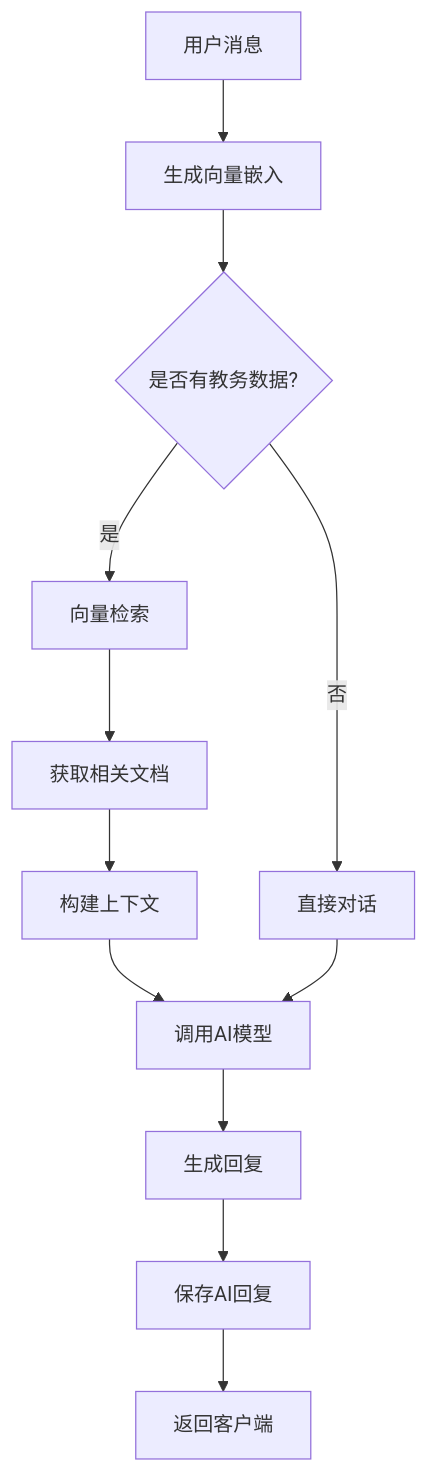
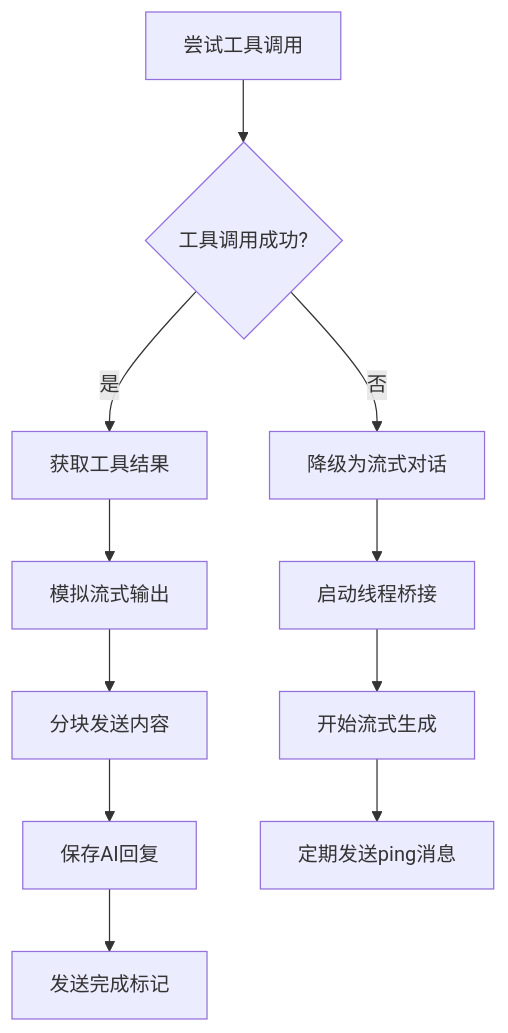
Diagram 17 of 27 in .qoder/repowiki/zh/content/前端应用文档/AI聊天界面与对话交互.md (ghbbn053-ship-itsoulddog/soulddog), drawn with Mermaid before and after one commit. The commit also changed other lines of this file and 119 other files, not shown here.

````diff
--- a/.qoder/repowiki/zh/content/前端应用文档/AI聊天界面与对话交互.md
+++ b/.qoder/repowiki/zh/content/前端应用文档/AI聊天界面与对话交互.md
@@ -374,14 +1144,13 @@
 ```mermaid
 flowchart TD
-A[用户消息] --> B[生成向量嵌入]
-B --> C{是否有教务数据?}
-C --> |是| D[向量检索]
-D --> E[获取相关文档]
-E --> F[构建上下文]
-C --> |否| G[直接对话]
-F --> H[调用AI模型]
-G --> H
-H --> I[生成回复]
-I --> J[保存AI回复]
-J --> K[返回客户端]
+A[尝试工具调用] --> B{工具调用成功?}
+B --> |是| C[获取工具结果]
+C --> D[模拟流式输出]
+D --> E[分块发送内容]
+E --> F[保存AI回复]
+F --> G[发送完成标记]
+B --> |否| H[降级为流式对话]
+H --> I[启动线程桥接]
+I --> J[开始流式生成]
+J --> K[定期发送ping消息]
 ```
````
